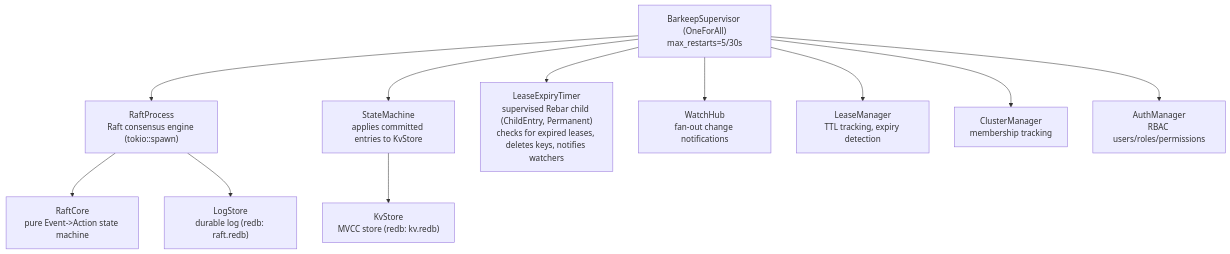
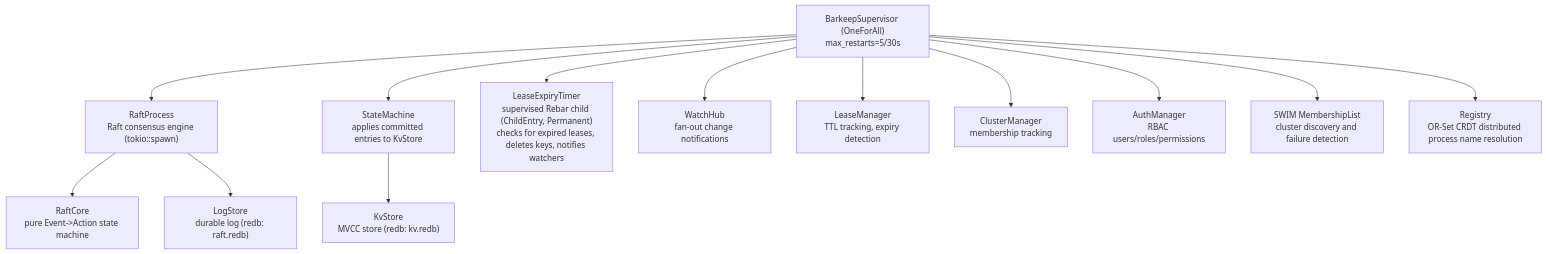
Before and after one commit to alexandernicholson/barkeeper: the second of 10 diagrams in docs/architecture.md, drawn with Mermaid. The commit also changed other lines of this file and 4 other files, not shown here.

Commit message:
docs: update all documentation for SWIM cluster integration

````diff
--- a/docs/architecture.md
+++ b/docs/architecture.md
@@ -52,14 +52,16 @@
 ```mermaid
 graph TD
     S["BarkeepSupervisor (OneForAll)<br>max_restarts=5/30s"]
     S --> R["RaftProcess<br>Raft consensus engine (tokio::spawn)"]
     R --> RC["RaftCore<br>pure Event-&gt;Action state machine"]
     R --> LS["LogStore<br>durable log (redb: raft.redb)"]
     S --> SM["StateMachine<br>applies committed entries to KvStore"]
     SM --> KV["KvStore<br>MVCC store (redb: kv.redb)"]
     S --> LET["LeaseExpiryTimer<br>supervised Rebar child (ChildEntry, Permanent)<br>checks for expired leases, deletes keys, notifies watchers"]
     S --> WH["WatchHub<br>fan-out change notifications"]
     S --> LM["LeaseManager<br>TTL tracking, expiry detection"]
     S --> CM["ClusterManager<br>membership tracking"]
     S --> AM["AuthManager<br>RBAC users/roles/permissions"]
+    S --> SWIM["SWIM MembershipList<br>cluster discovery and failure detection"]
+    S --> Reg["Registry<br>OR-Set CRDT distributed process name resolution"]
 ```
````
